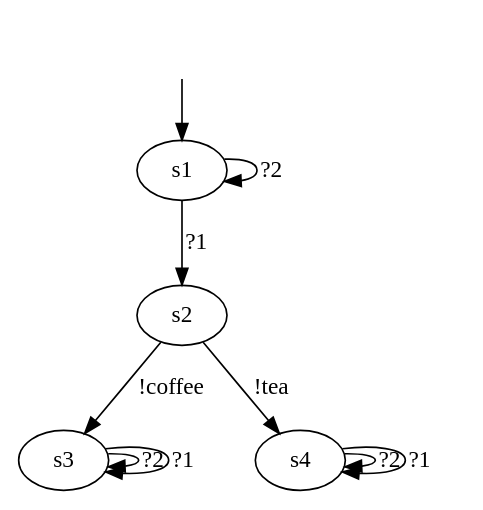
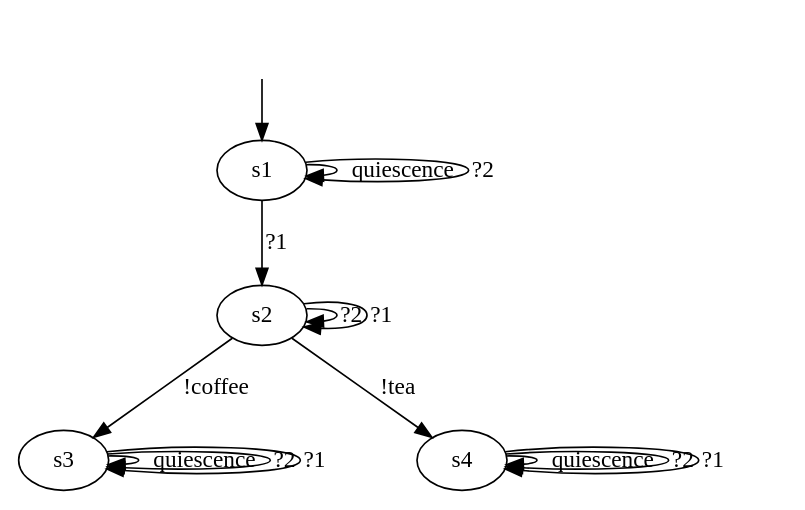
The diagram in DotModels/Iolts/10_iolts.dot (haubitzer/AALpy), drawn with Graphviz before and after one commit. The commit also changed 8 other files, not shown here.

```diff
--- a/DotModels/Iolts/10_iolts.dot
+++ b/DotModels/Iolts/10_iolts.dot
@@ -1,21 +1,21 @@
-digraph {
+digraph "../../DotModels/Iolts/10_iolts" {
 s1 [label=s1];
 s2 [label=s2];
 s3 [label=s3];
-s3 [label=s3];
 s4 [label=s4];
-
+s1 -> s1  [label=quiescence];
 s1 -> s1  [label="?2"];
 s1 -> s2  [label="?1"];
 s2 -> s3  [label="!coffee"];
 s2 -> s4  [label="!tea"];
-
+s2 -> s2  [label="?2"];
+s2 -> s2  [label="?1"];
+s3 -> s3  [label=quiescence];
 s3 -> s3  [label="?2"];
 s3 -> s3  [label="?1"];
-
+s4 -> s4  [label=quiescence];
 s4 -> s4  [label="?2"];
 s4 -> s4  [label="?1"];
-
 __start0 [label="", shape=none];
 __start0 -> s1  [label=""];
 }
```
